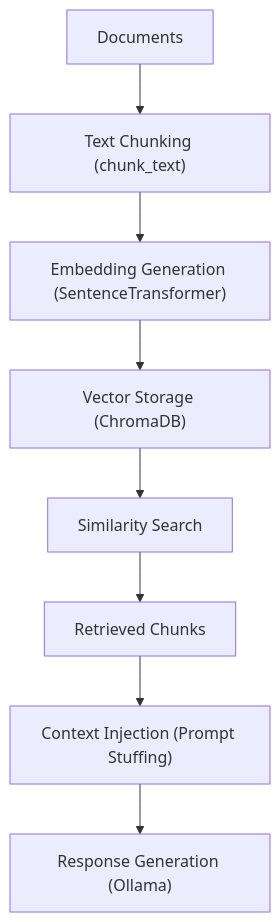
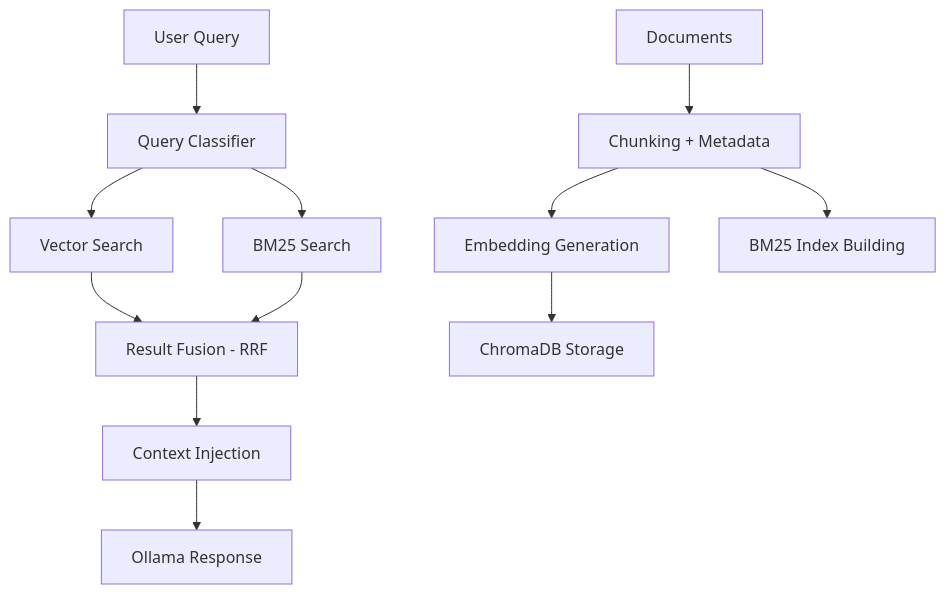
Before and after one commit to hausenlot/gemma3-rag: the diagram in README.md, drawn with Mermaid. The commit also changed other lines of this file and 2 other files, not shown here.

Commit message:
feat: implement hybrid RAG system with BM25 keyword search, reciprocal rank fusion, and query classification.

````diff
--- a/README.md
+++ b/README.md
@@ -9,10 +10,15 @@
 ```mermaid
 flowchart TD
-    A["Documents"] --> B["Text Chunking (chunk_text)"]
-    B --> C["Embedding Generation (SentenceTransformer)"]
-    C --> D["Vector Storage (ChromaDB)"]
-    D --> E["Similarity Search"]
-    E --> F["Retrieved Chunks"]
-    F --> G["Context Injection (Prompt Stuffing)"]
-    G --> H["Response Generation (Ollama)"]
+    A[User Query] --> B[Query Classifier]
+    B --> C[Vector Search]
+    B --> D[BM25 Search]
+    C --> E[Result Fusion - RRF]
+    D --> E
+    E --> F[Context Injection]
+    F --> G[Ollama Response]
+    
+    H[Documents] --> I[Chunking + Metadata]
+    I --> J[Embedding Generation]
+    I --> K[BM25 Index Building]
+    J --> L[ChromaDB Storage]
 ```
````
